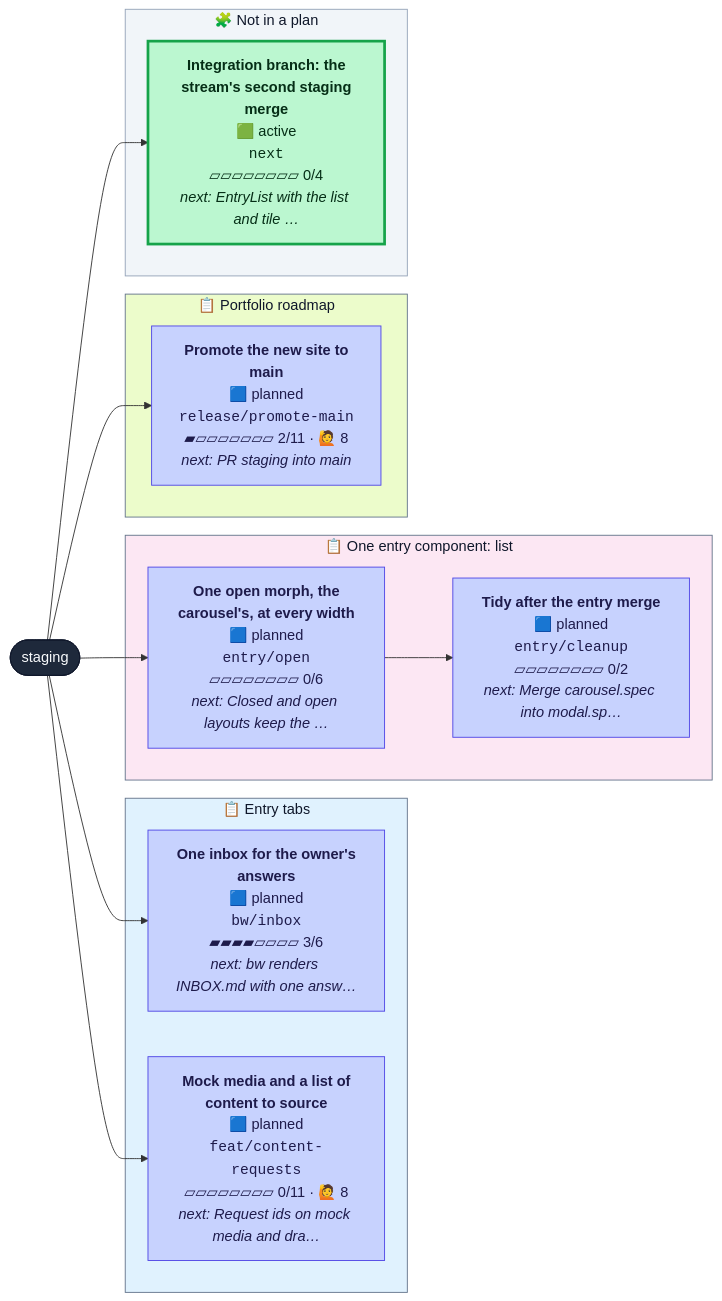
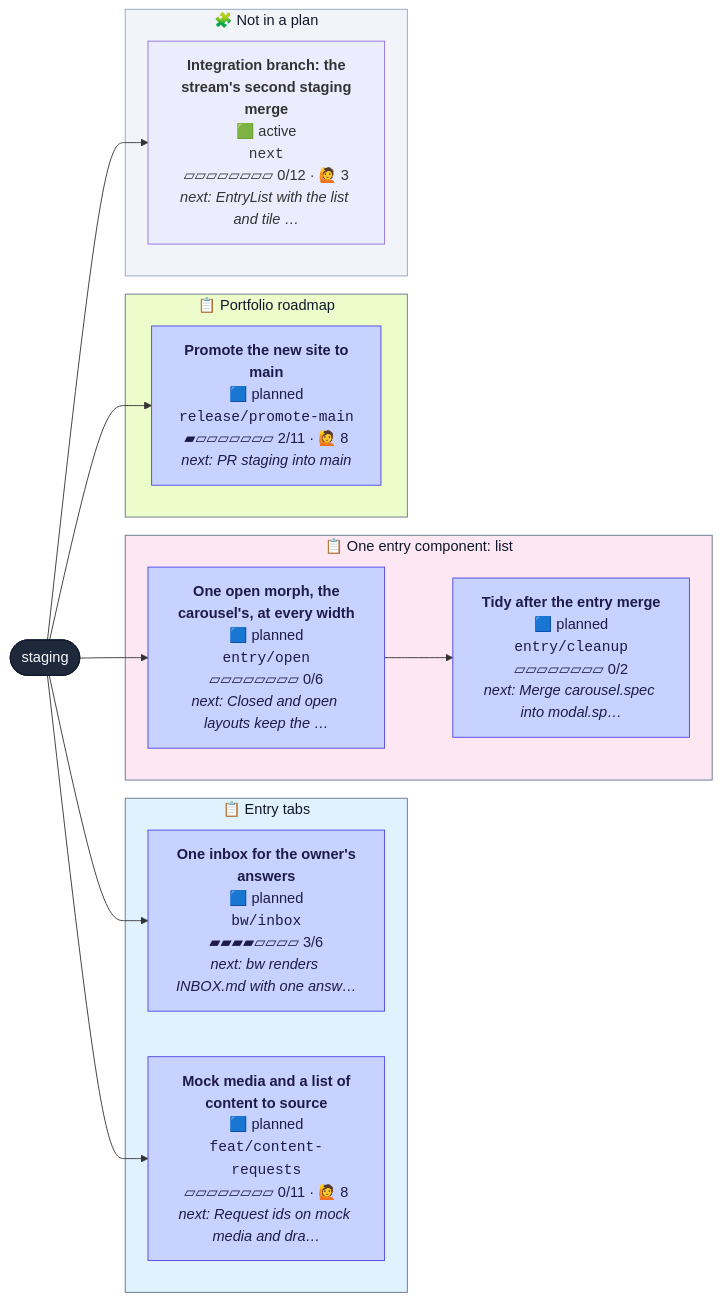
One commit to henryjonescodes/portfolio changed the diagram in CONTRIBUTING.md. Above: the diagram before and after it, drawn with Mermaid. The commit also changed other lines of this file and 1 other file, not shown here.

````diff
--- a/CONTRIBUTING.md
+++ b/CONTRIBUTING.md
@@ -17,41 +16,41 @@
 ```mermaid
 flowchart LR
   n_staging([staging])
   class n_staging trunk
   subgraph plan_0["📋 Entry tabs"]
     n_bw_inbox["<b>One inbox for the owner's<br/>answers</b><br/>🟦 planned<br/><code>bw/inbox</code><br/>▰▰▰▰▱▱▱▱ 3/6<br/><i>next: bw renders INBOX.md with one answ…</i>"]
     class n_bw_inbox planned
     n_feat_content_requests["<b>Mock media and a list of<br/>content to source</b><br/>🟦 planned<br/><code>feat/content-requests</code><br/>▱▱▱▱▱▱▱▱ 0/11 · 🙋 8<br/><i>next: Request ids on mock media and dra…</i>"]
     class n_feat_content_requests planned
   end
   style plan_0 fill:#e0f2fe,stroke:#64748b,color:#0f172a
   subgraph plan_1["📋 One entry component: list"]
     n_entry_cleanup["<b>Tidy after the entry merge</b><br/>🟦 planned<br/><code>entry/cleanup</code><br/>▱▱▱▱▱▱▱▱ 0/2<br/><i>next: Merge carousel.spec into modal.sp…</i>"]
     class n_entry_cleanup planned
     n_entry_open["<b>One open morph, the<br/>carousel's, at every width</b><br/>🟦 planned<br/><code>entry/open</code><br/>▱▱▱▱▱▱▱▱ 0/6<br/><i>next: Closed and open layouts keep the …</i>"]
     class n_entry_open planned
   end
   style plan_1 fill:#fce7f3,stroke:#64748b,color:#0f172a
   subgraph plan_2["📋 Portfolio roadmap"]
     n_release_promote_main["<b>Promote the new site to<br/>main</b><br/>🟦 planned<br/><code>release/promote-main</code><br/>▰▱▱▱▱▱▱▱ 2/11 · 🙋 8<br/><i>next: PR staging into main</i>"]
     class n_release_promote_main planned
   end
   style plan_2 fill:#ecfccb,stroke:#64748b,color:#0f172a
   subgraph loose["🧩 Not in a plan"]
-    n_next["<b>Integration branch: the<br/>stream's second staging<br/>merge</b><br/>🟩 active<br/><code>next</code><br/>▱▱▱▱▱▱▱▱ 0/4<br/><i>next: EntryList with the list and tile …</i>"]
-    class n_next active
+    n_next["<b>Integration branch: the<br/>stream's second staging<br/>merge</b><br/>🟩 active<br/><code>next</code><br/>▱▱▱▱▱▱▱▱ 0/12 · 🙋 3<br/><i>next: EntryList with the list and tile …</i>"]
+    class n_next active,current
   end
   style loose fill:#f1f5f9,stroke:#94a3b8,color:#0f172a
   n_staging --> n_bw_inbox
   n_entry_open --> n_entry_cleanup
   n_staging --> n_entry_open
   n_staging --> n_feat_content_requests
   n_staging --> n_next
   n_staging --> n_release_promote_main
   classDef planned fill:#c7d2fe,stroke:#4f46e5,color:#1e1b4b
   classDef active fill:#bbf7d0,stroke:#16a34a,stroke-width:3px,color:#052e16
   classDef review fill:#fde68a,stroke:#d97706,stroke-width:3px,color:#451a03
   classDef blocked fill:#fecaca,stroke:#dc2626,stroke-width:3px,color:#450a0a
   classDef trunk fill:#1e293b,stroke:#0f172a,color:#f8fafc
   classDef current stroke:#0ea5e9,stroke-width:5px
 ```
````
